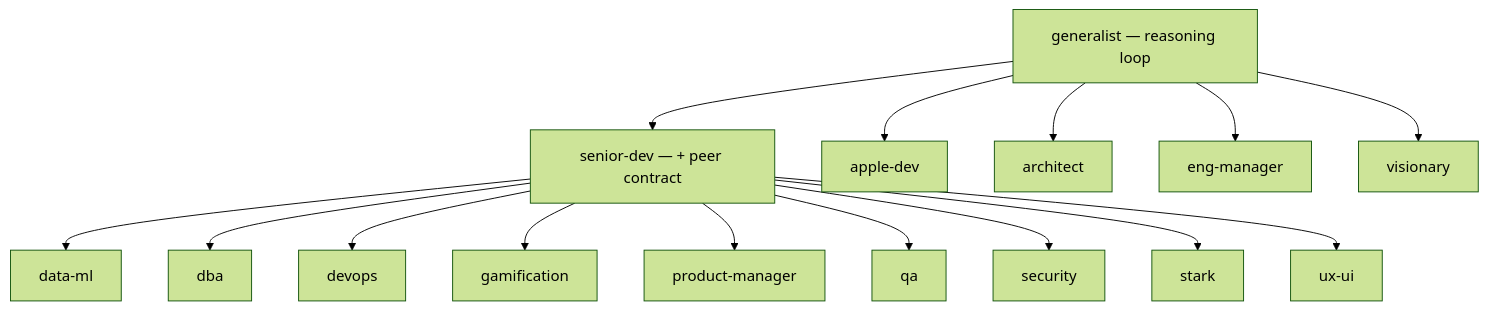
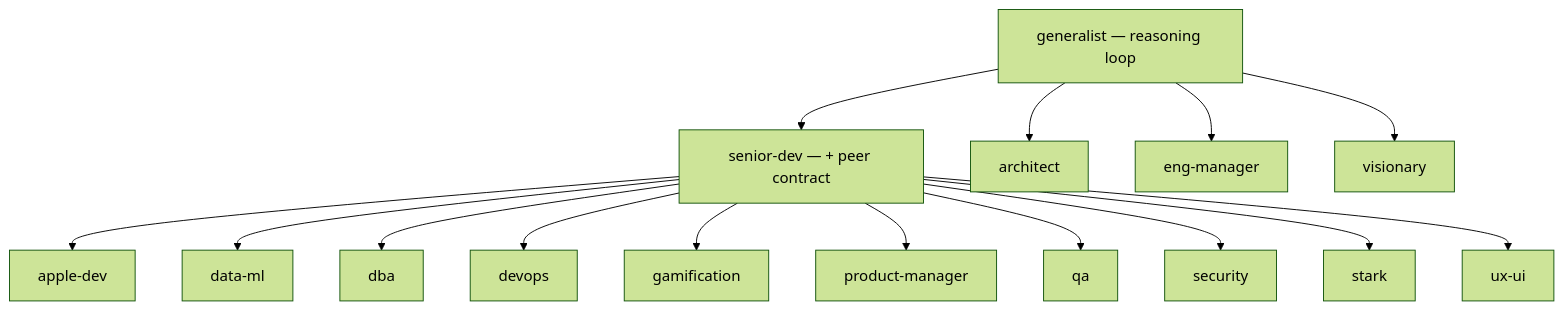
Before and after one commit to jrodrigopuca/local-agents: the first of 4 diagrams in GRAPH.md, drawn with Mermaid (forest theme). The commit also changed other lines of this file and 11 other files, not shown here.

Commit message:
feat(apple-dev): de mentor a par de plataforma Apple, hereda el contrato de par y enseña solo ante la señal del usuario; skills sin modo enseñanza por defecto, docs y routing; discriminadores 1/3 y 0/3 → 3/3, guardianes sin pérdidas, paso 2

````diff
--- a/GRAPH.md
+++ b/GRAPH.md
@@ -24,21 +24,21 @@
 ```mermaid
 flowchart TD
     G["generalist — reasoning loop"]
     SD["senior-dev — + peer contract"]
 
     G --> SD
-    G --> apple-dev
     G --> architect
     G --> eng-manager
     G --> visionary
 
+    SD --> apple-dev
     SD --> data-ml
     SD --> dba
     SD --> devops
     SD --> gamification
     SD --> product-manager
     SD --> qa
     SD --> security
     SD --> stark
     SD --> ux-ui
 ```
````
